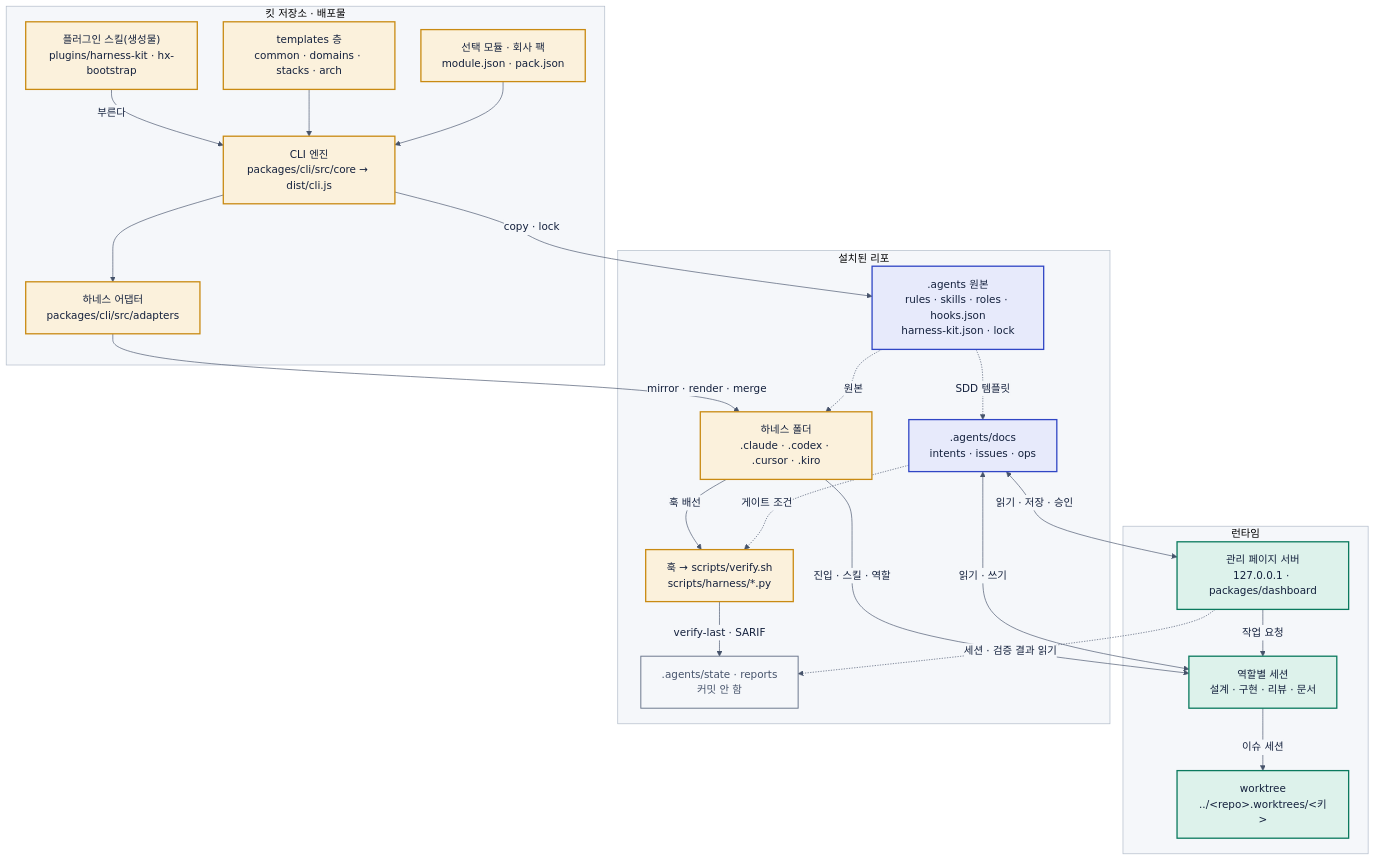
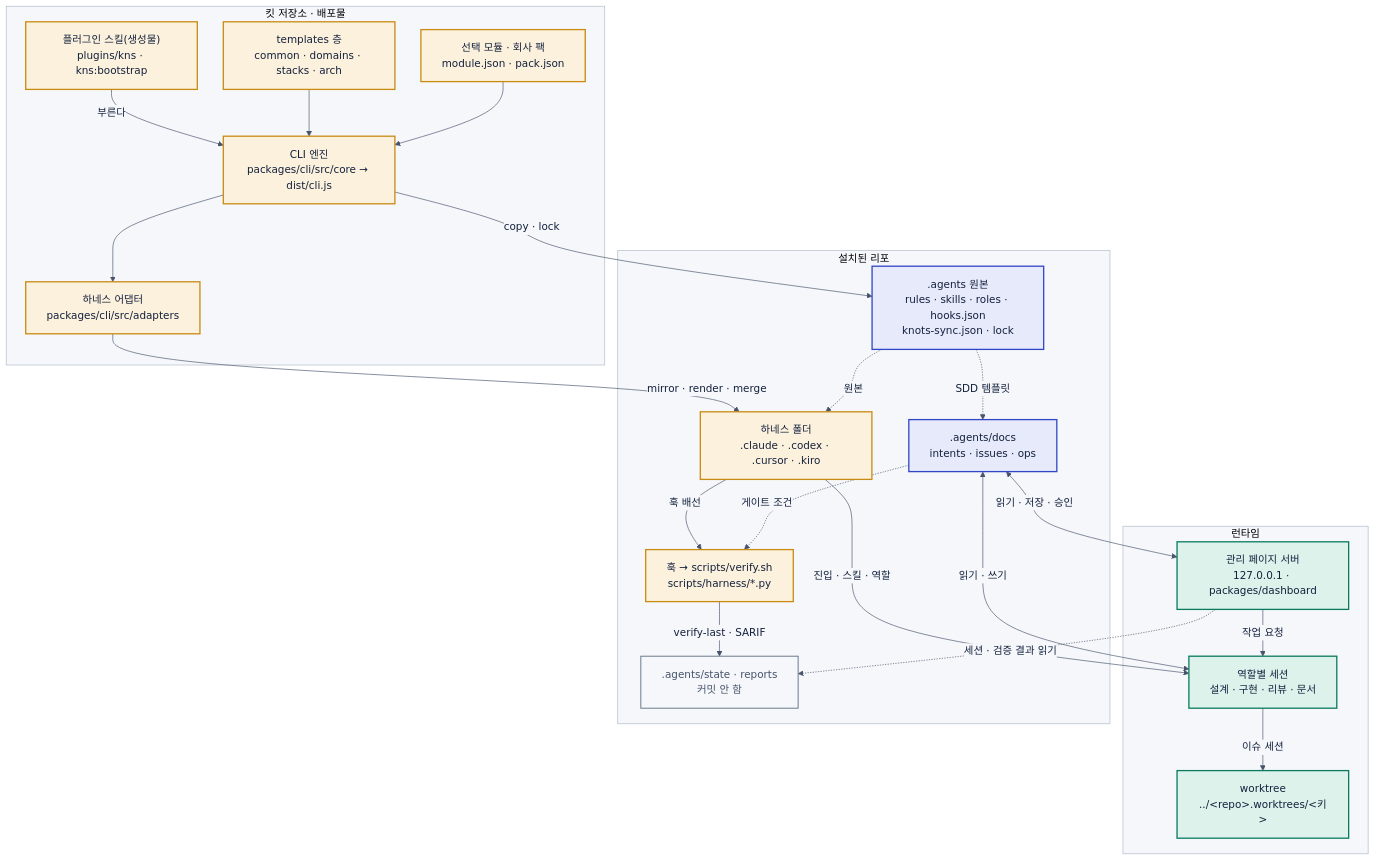
Before and after one commit to pscheol/harness-starter-kit: the diagram in docs/design/system/diagrams/components.mmd, drawn with Mermaid. The commit also changed 1245 other files, not shown here.

```diff
--- a/docs/design/system/diagrams/components.mmd
+++ b/docs/design/system/diagrams/components.mmd
@@ -1,47 +1,47 @@
 %%{init: {"theme": "base", "fontFamily": "Apple SD Gothic Neo, AppleSDGothicNeo, Noto Sans KR, Malgun Gothic, sans-serif", "themeVariables": {"fontFamily": "Apple SD Gothic Neo, AppleSDGothicNeo, Noto Sans KR, Malgun Gothic, sans-serif", "fontSize": "16px", "primaryColor": "#ffffff", "primaryBorderColor": "#14213d", "primaryTextColor": "#14213d", "lineColor": "#46536b", "clusterBkg": "#f5f7fa", "clusterBorder": "#aeb9c7", "edgeLabelBackground": "#f5f7fa"}, "flowchart": {"curve": "basis", "padding": 16, "nodeSpacing": 40, "rankSpacing": 48}}}%%
 graph TD
   subgraph RT["런타임"]
     DASH["관리 페이지 서버<br/>127.0.0.1 · packages/dashboard"]
     SES["역할별 세션<br/>설계 · 구현 · 리뷰 · 문서"]
     WT["worktree<br/>../&lt;repo&gt;.worktrees/&lt;키&gt;"]
   end
   subgraph R["설치된 리포"]
-    AG[".agents 원본<br/>rules · skills · roles · hooks.json<br/>harness-kit.json · lock"]
+    AG[".agents 원본<br/>rules · skills · roles · hooks.json<br/>knots-sync.json · lock"]
     HF["하네스 폴더<br/>.claude · .codex · .cursor · .kiro"]
     SDD[".agents/docs<br/>intents · issues · ops"]
     VS["훅 → scripts/verify.sh<br/>scripts/harness/*.py"]
     ST[".agents/state · reports<br/>커밋 안 함"]
   end
   subgraph K["킷 저장소 · 배포물"]
-    SK["플러그인 스킬(생성물)<br/>plugins/harness-kit · hx-bootstrap"]
+    SK["플러그인 스킬(생성물)<br/>plugins/kns · kns:bootstrap"]
     TPL["templates 층<br/>common · domains · stacks · arch"]
     MOD["선택 모듈 · 회사 팩<br/>module.json · pack.json"]
     CLI["CLI 엔진<br/>packages/cli/src/core → dist/cli.js"]
     AD["하네스 어댑터<br/>packages/cli/src/adapters"]
   end
   SK -- "부른다" --> CLI
   TPL --> CLI
   MOD --> CLI
   CLI -- "copy · lock" --> AG
   CLI --> AD
   AD -- "mirror · render · merge" --> HF
   AG -. "원본" .-> HF
   AG -. "SDD 템플릿" .-> SDD
   HF -- "훅 배선" --> VS
   SDD -. "게이트 조건" .-> VS
   VS -- "verify-last · SARIF" --> ST
   HF -- "진입 · 스킬 · 역할" --> SES
   SDD <-- "읽기 · 쓰기" --> SES
   SDD <-- "읽기 · 저장 · 승인" --> DASH
   DASH -. "세션 · 검증 결과 읽기" .-> ST
   DASH -- "작업 요청" --> SES
   SES -- "이슈 세션" --> WT
   classDef design fill:#e7eafb,stroke:#3046c5,stroke-width:2px,color:#14213d
   classDef build fill:#fbf1dc,stroke:#c98a12,stroke-width:2px,color:#14213d
   classDef ops fill:#ddf2eb,stroke:#0b7a5e,stroke-width:2px,color:#14213d
   classDef store fill:#f5f7fa,stroke:#6b778c,stroke-width:1.5px,color:#46536b
   class SK,TPL,MOD,CLI,AD build
   class AG,SDD design
   class HF,VS build
   class ST store
   class DASH,SES,WT ops
```
